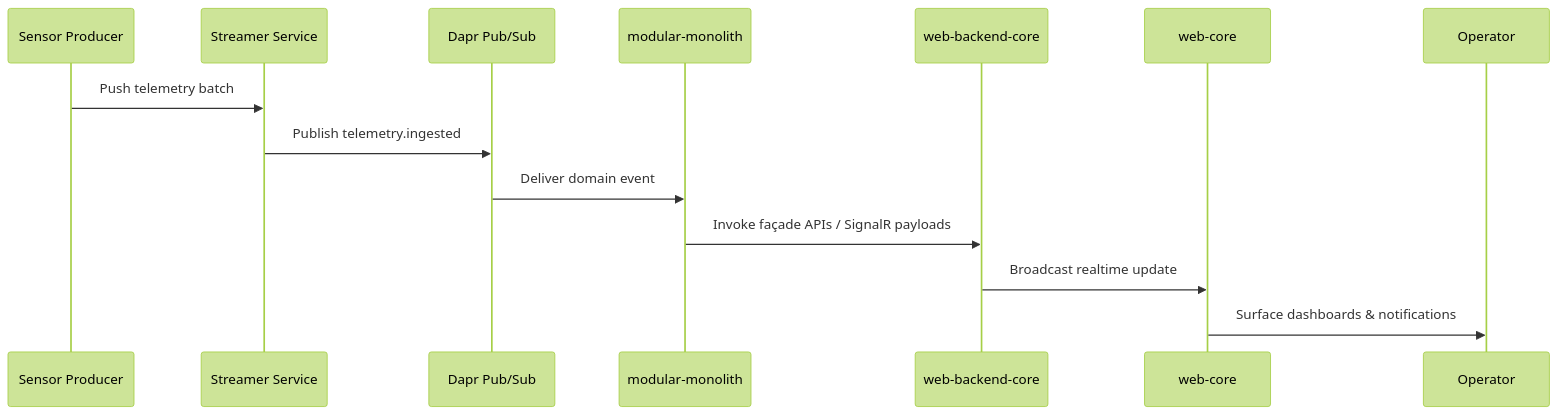
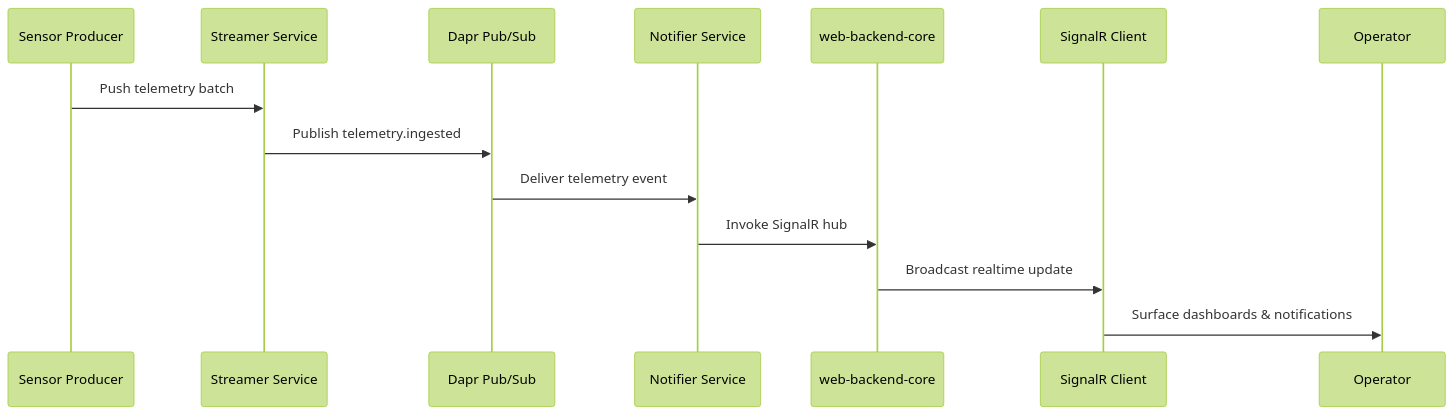
The fourth of 4 diagrams in architecture-overview.md (GabrieleAngeli/Momentum), drawn with Mermaid (forest theme) before and after one commit. The commit also changed other lines of this file and 9 other files, not shown here.

````diff
--- a/architecture-overview.md
+++ b/architecture-overview.md
@@ -125,17 +119,17 @@
 ```mermaid
 sequenceDiagram
     participant Sensor as Sensor Producer
     participant Streamer as Streamer Service
     participant Dapr as Dapr Pub/Sub
-    participant Monolith as modular-monolith
+    participant Notifier as Notifier Service
     participant Backend as web-backend-core
-    participant Frontend as web-core
+    participant Client as SignalR Client
     participant Operator as Operator
 
     Sensor->>Streamer: Push telemetry batch
     Streamer->>Dapr: Publish telemetry.ingested
-    Dapr->>Monolith: Deliver domain event
-    Monolith->>Backend: Invoke façade APIs / SignalR payloads
-    Backend->>Frontend: Broadcast realtime update
-    Frontend->>Operator: Surface dashboards & notifications
+    Dapr->>Notifier: Deliver telemetry event
+    Notifier->>Backend: Invoke SignalR hub
+    Backend->>Client: Broadcast realtime update
+    Client->>Operator: Surface dashboards & notifications
 ```
````
